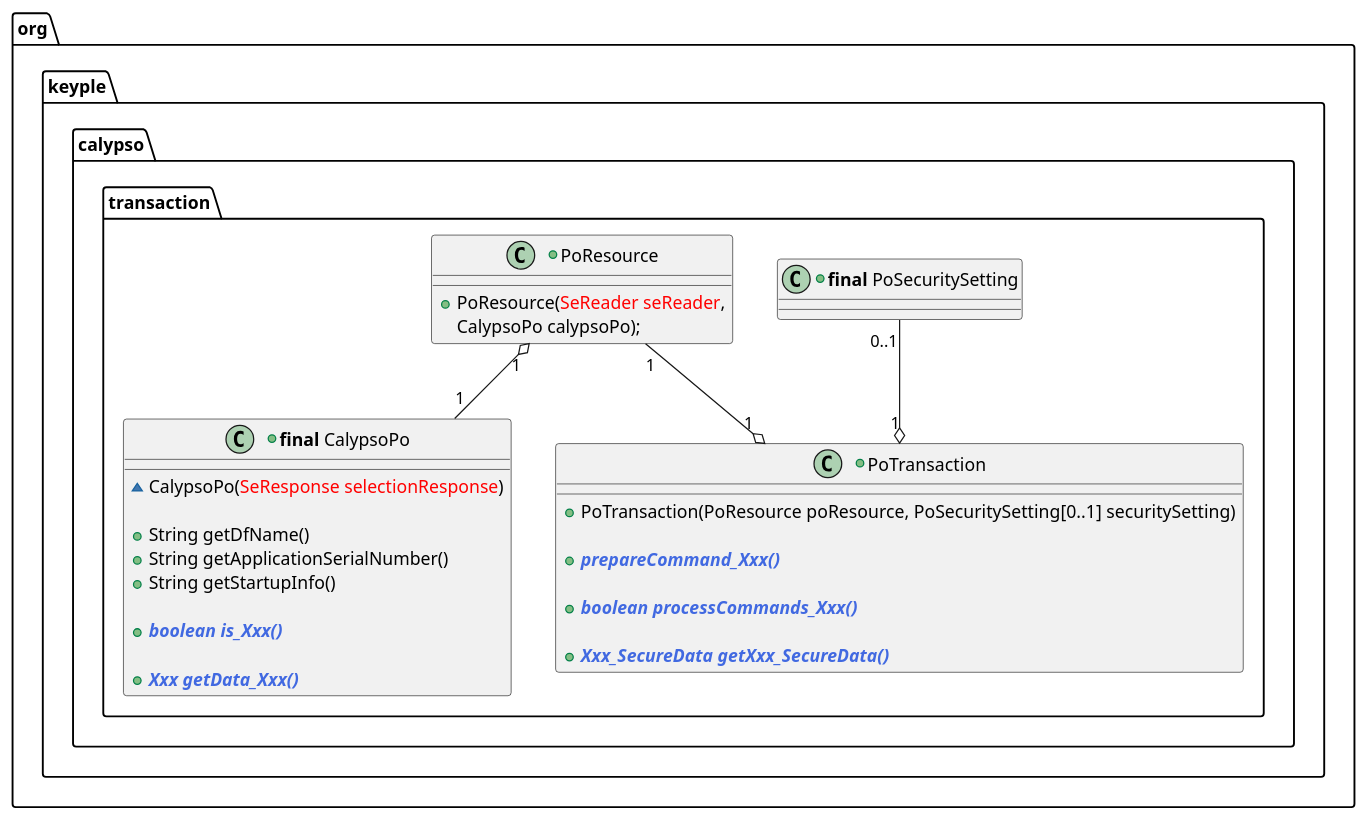
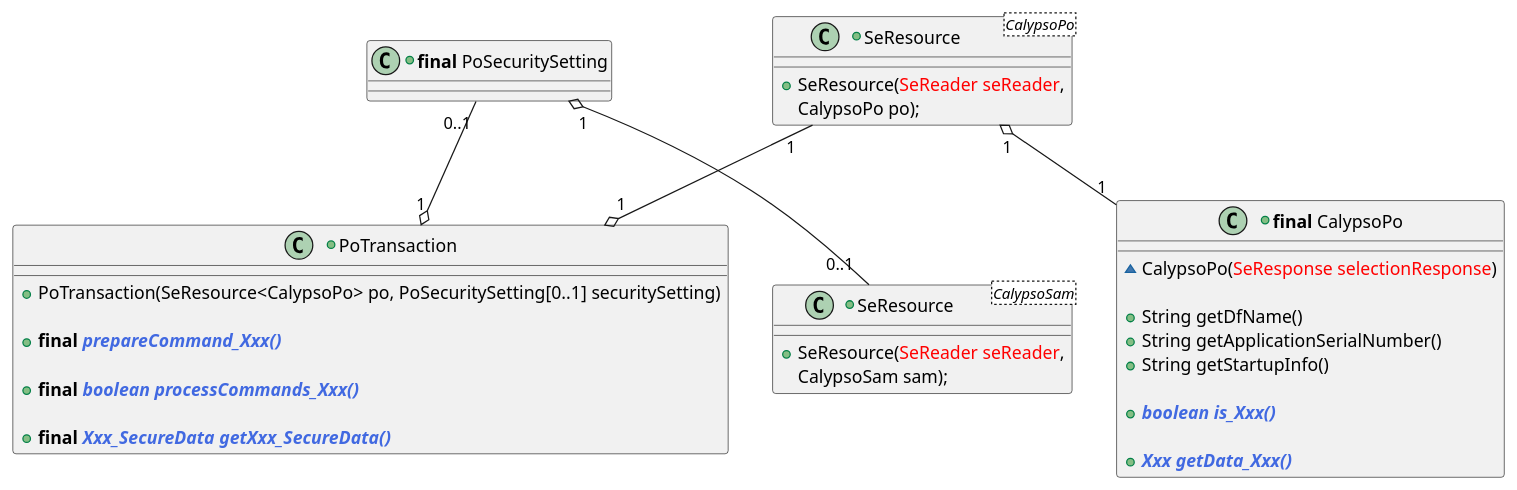
One commit to pterr/keyple changed the diagram in src/CalypsoTerminalApi/puml/CalypsoTerminal-ApplicationApi-ClassDiag-Transaction-Global.iuml. Above: the diagram before and after it, drawn with PlantUML. The commit also changed 4 other files, not shown here.

```diff
--- a/src/CalypsoTerminalApi/puml/CalypsoTerminal-ApplicationApi-ClassDiag-Transaction-Global.iuml
+++ b/src/CalypsoTerminalApi/puml/CalypsoTerminal-ApplicationApi-ClassDiag-Transaction-Global.iuml
@@ -14,40 +14,51 @@
 @startuml
-package org.keyple.calypso.transaction #FFFFFF {
+'skinparam handwritten true
+skinparam stereotypeIBorderColor BUSINESS
+skinparam stereotypeCBorderColor BUSINESS
+skinparam stereotypeEBorderColor BUSINESS
+skinparam shadowing false
 
-  +class PoResource {
-    +PoResource(<color:red>SeReader seReader</color>,
-    CalypsoPo calypsoPo);
+'package org.keyple.calypso.transaction #FFFFFF {
+together {
+  +class "SeResource<CalypsoPo>" as PoResource {
+    +SeResource(<color:red>SeReader seReader</color>,
+    CalypsoPo po);
+  }
+
+  +class "SeResource<CalypsoSam>" as SamResource {
+    +SeResource(<color:red>SeReader seReader</color>,
+    CalypsoSam sam);
+  }
+
+  +class "<b>final</b> PoSecuritySetting" as PoSecuritySetting {
   }
 
   +class "<b>final</b> CalypsoPo" as CalypsoPo {
     ~CalypsoPo(<color:red>SeResponse selectionResponse</color>)
 
     +String getDfName()
     +String getApplicationSerialNumber()
     +String getStartupInfo()
 
     +<color:royalBlue><b><i>boolean is_Xxx()</i></b></color>
 
     +<color:royalBlue><b><i>Xxx getData_Xxx()</i></b></color>
   }
 
-  +class "<b>final</b> PoSecuritySetting" as PoSecuritySetting {
+  +class PoTransaction {
+    +PoTransaction(SeResource<CalypsoPo> po, PoSecuritySetting[0..1] securitySetting)
+
+    +<b>final</b> <color:royalBlue><b><i>prepareCommand_Xxx()</i></b></color>
+
+    +<b>final</b> <color:royalBlue><b><i>boolean processCommands_Xxx()</i></b></color>
+
+    +<b>final</b> <color:royalBlue><b><i>Xxx_SecureData getXxx_SecureData()</i></b></color>
   }
 
-  +class PoTransaction {
-    +PoTransaction(PoResource poResource, PoSecuritySetting[0..1] securitySetting)
-
-    +<color:royalBlue><b><i>prepareCommand_Xxx()</i></b></color>
-
-    +<color:royalBlue><b><i>boolean processCommands_Xxx()</i></b></color>
-
-    +<color:royalBlue><b><i>Xxx_SecureData getXxx_SecureData()</i></b></color>
-  }
-
-  PoResource -right[hidden]- PoSecuritySetting
   PoTransaction "1" o-up- "1" PoResource
   PoTransaction "1" o-up- "0..1" PoSecuritySetting
   PoResource "1" o-down- "1" CalypsoPo
-  'CalypsoPo -[hidden]right--> PoTransaction
+  SamResource "0..1 " -right-o " 1" PoSecuritySetting
+  PoResource -right[hidden]- SamResource
 }
 @enduml
```
